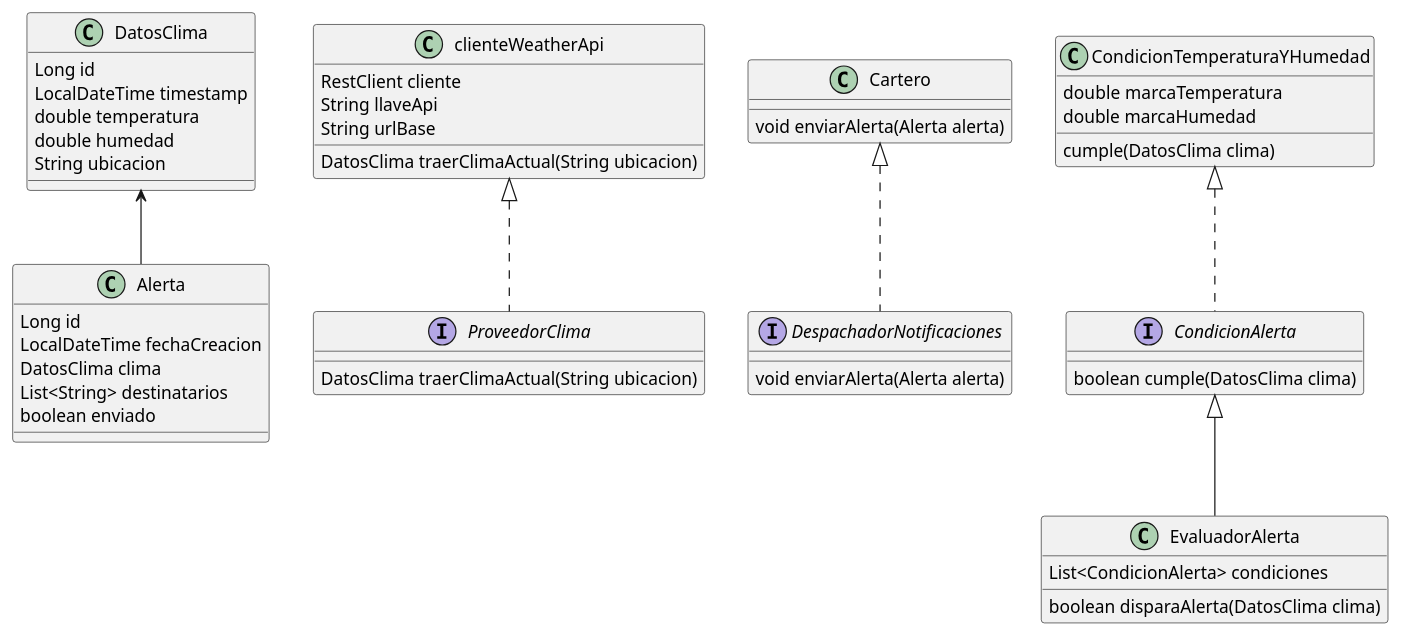
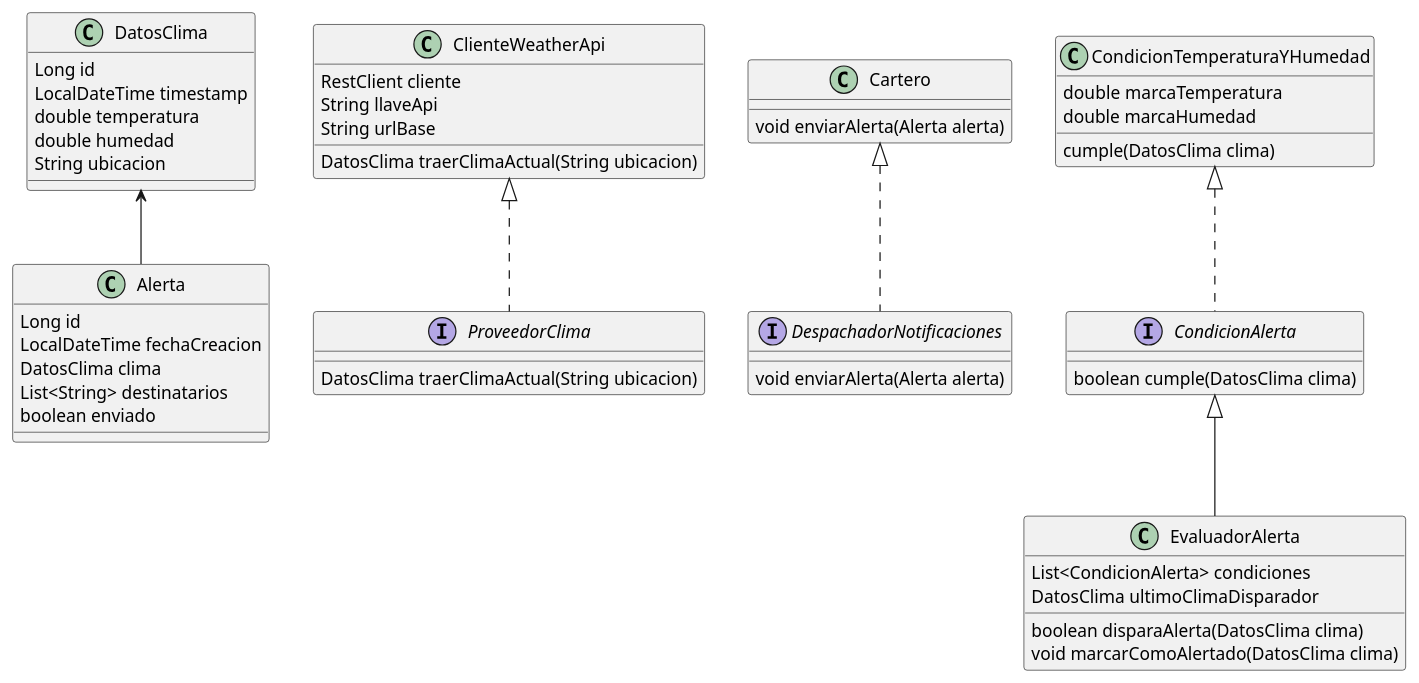
One commit to SchincaMauroE/climalert2 changed the diagram in ClimalertDC.puml. Above: the diagram before and after it, drawn with PlantUML.

Commit message:
Actualización Diagrama clases

```diff
--- a/ClimalertDC.puml
+++ b/ClimalertDC.puml
@@ -1,74 +1,76 @@
 @startuml
 'https://plantuml.com/class-diagram
 
 class DatosClima
 class Alerta
 interface ProveedorClima
-class clienteWeatherApi
+class ClienteWeatherApi
 interface DespachadorNotificaciones
 class Cartero
 class EvaluadorAlerta
 interface CondicionAlerta
 class CondicionTemperaturaYHumedad
 
 DatosClima <-- Alerta
-clienteWeatherApi <|.. ProveedorClima
+ClienteWeatherApi <|.. ProveedorClima
 Cartero <|.. DespachadorNotificaciones
 CondicionAlerta <|-- EvaluadorAlerta
 CondicionTemperaturaYHumedad <|.. CondicionAlerta
 
 class DatosClima {
 Long id
 LocalDateTime timestamp
 double temperatura
 double humedad
 String ubicacion
 }
 
 class Alerta {
 Long id
 LocalDateTime fechaCreacion
 DatosClima clima
 List<String> destinatarios
 boolean enviado
 }
 
 interface ProveedorClima {
 DatosClima traerClimaActual(String ubicacion)
 }
 
-class clienteWeatherApi {
+class ClienteWeatherApi {
 RestClient cliente
 String llaveApi
 String urlBase
 
 DatosClima traerClimaActual(String ubicacion)
 }
 
 interface DespachadorNotificaciones {
 void enviarAlerta(Alerta alerta)
 }
 
 class Cartero {
 void enviarAlerta(Alerta alerta)
 }
 
 class EvaluadorAlerta {
 List<CondicionAlerta> condiciones
+DatosClima ultimoClimaDisparador
 boolean disparaAlerta(DatosClima clima)
+void marcarComoAlertado(DatosClima clima)
 }
 
 interface CondicionAlerta {
 boolean cumple(DatosClima clima)
 }
 
 class CondicionTemperaturaYHumedad {
 double marcaTemperatura
 double marcaHumedad
 
 cumple(DatosClima clima)
 }
 
 
 
 @enduml
```
